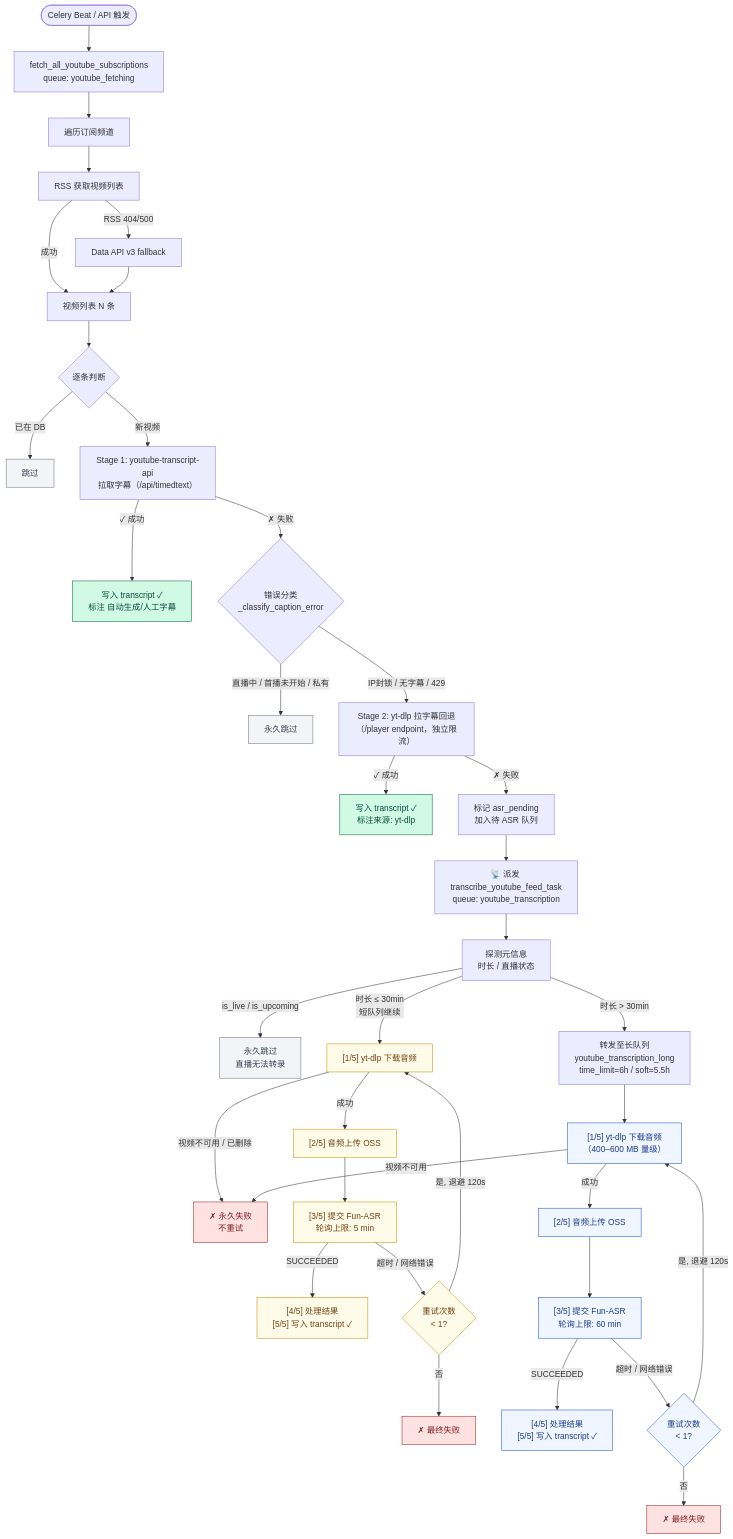
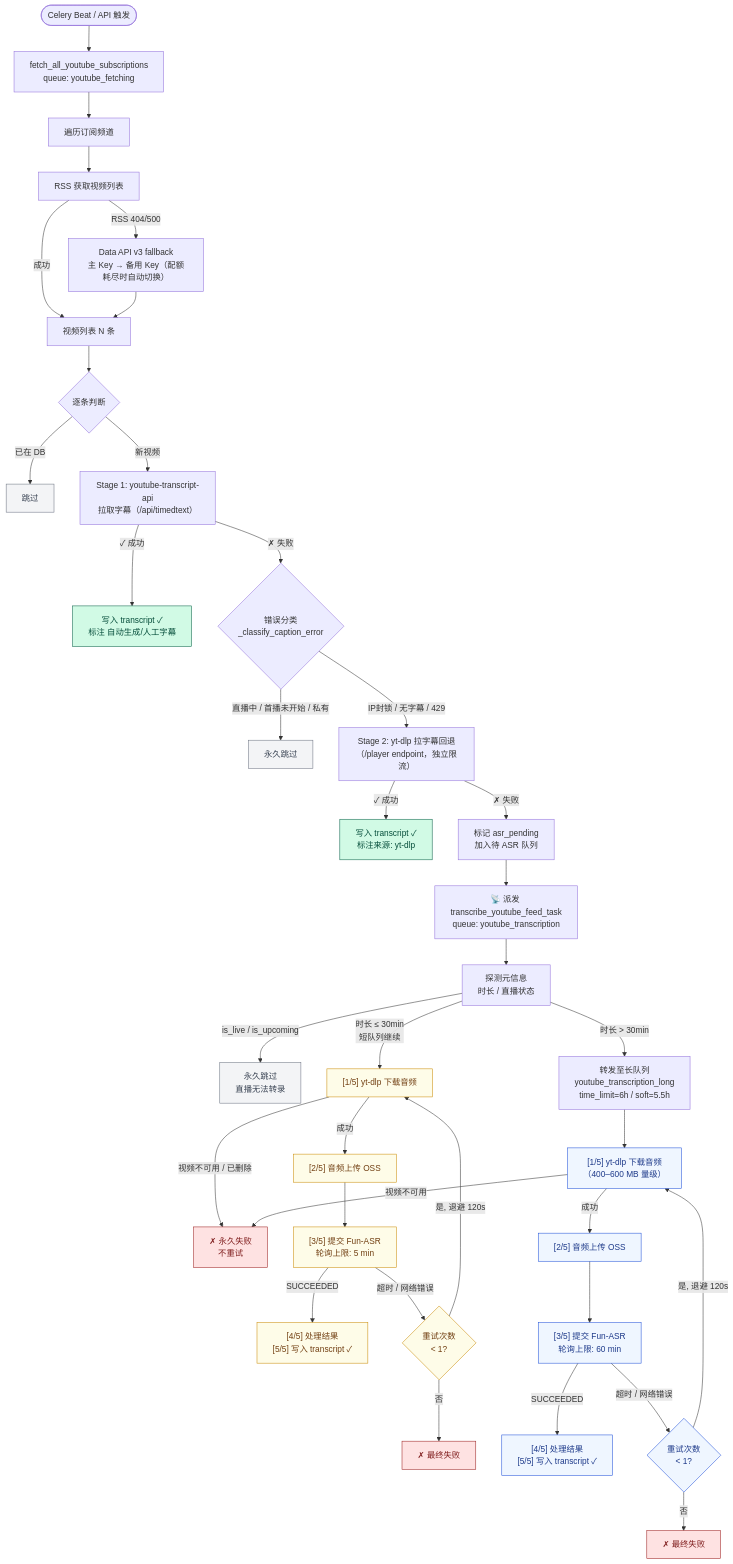
One commit to solterra2888/LocalVirtualService changed the first of 2 diagrams in README.md. Above: the diagram before and after it, drawn with Mermaid. The commit also changed other lines of this file and 2 other files, not shown here.

````diff
--- a/README.md
+++ b/README.md
@@ -105,57 +105,57 @@
 ```mermaid
 flowchart TD
     A([Celery Beat / API 触发]) --> B[fetch_all_youtube_subscriptions<br/>queue: youtube_fetching]
     B --> C[遍历订阅频道]
     C --> D[RSS 获取视频列表]
-    D -->|RSS 404/500| E[Data API v3 fallback]
+    D -->|RSS 404/500| E["Data API v3 fallback<br/>主 Key → 备用 Key（配额耗尽时自动切换）"]
     D -->|成功| F[视频列表 N 条]
     E --> F
     F --> G{逐条判断}
     G -->|已在 DB| H[跳过]
     G -->|新视频| I["Stage 1: youtube-transcript-api<br/>拉取字幕（/api/timedtext）"]
 
     I -->|✓ 成功| J[写入 transcript ✓<br/>标注 自动生成/人工字幕]
     I -->|✗ 失败| K{错误分类<br/>_classify_caption_error}
 
     K -->|直播中 / 首播未开始 / 私有| L[永久跳过]
     K -->|IP封锁 / 无字幕 / 429| I2["Stage 2: yt-dlp 拉字幕回退<br/>（/player endpoint，独立限流）"]
 
     I2 -->|✓ 成功| J2[写入 transcript ✓<br/>标注来源: yt-dlp]
     I2 -->|✗ 失败| M[标记 asr_pending<br/>加入待 ASR 队列]
 
     M --> N["📡 派发 transcribe_youtube_feed_task<br/>queue: youtube_transcription"]
 
     N --> META["探测元信息<br/>时长 / 直播状态"]
     META -->|is_live / is_upcoming| LIVE[永久跳过<br/>直播无法转录]
     META -->|时长 ≤ 30min<br/>短队列继续| SHORT_DL
 
     META -->|时长 > 30min| REROUTE["转发至长队列<br/>youtube_transcription_long<br/>time_limit=6h / soft=5.5h"]
     REROUTE --> LONG_DL
 
     SHORT_DL["[1/5] yt-dlp 下载音频"] -->|视频不可用 / 已删除| PFAIL[✗ 永久失败<br/>不重试]
     SHORT_DL -->|成功| SHORT_UP["[2/5] 音频上传 OSS"]
     SHORT_UP --> SHORT_ASR["[3/5] 提交 Fun-ASR<br/>轮询上限: 5 min"]
     SHORT_ASR -->|SUCCEEDED| SHORT_SAVE["[4/5] 处理结果<br/>[5/5] 写入 transcript ✓"]
     SHORT_ASR -->|超时 / 网络错误| SHORT_RETRY{重试次数<br/>< 1?}
     SHORT_RETRY -->|是, 退避 120s| SHORT_DL
     SHORT_RETRY -->|否| SFAIL[✗ 最终失败]
 
     LONG_DL["[1/5] yt-dlp 下载音频<br/>（400–600 MB 量级）"] -->|视频不可用| PFAIL
     LONG_DL -->|成功| LONG_UP["[2/5] 音频上传 OSS"]
     LONG_UP --> LONG_ASR["[3/5] 提交 Fun-ASR<br/>轮询上限: 60 min"]
     LONG_ASR -->|SUCCEEDED| LONG_SAVE["[4/5] 处理结果<br/>[5/5] 写入 transcript ✓"]
     LONG_ASR -->|超时 / 网络错误| LONG_RETRY{重试次数<br/>< 1?}
     LONG_RETRY -->|是, 退避 120s| LONG_DL
     LONG_RETRY -->|否| LFAIL[✗ 最终失败]
 
     classDef ok fill:#d1fae5,stroke:#065f46,color:#064e3b;
     classDef fail fill:#fee2e2,stroke:#991b1b,color:#7f1d1d;
     classDef skip fill:#f3f4f6,stroke:#6b7280,color:#374151;
     classDef long fill:#eff6ff,stroke:#1d4ed8,color:#1e3a8a;
     classDef short fill:#fefce8,stroke:#ca8a04,color:#713f12;
     class J,J2,SHORT_SAVE,LONG_SAVE ok;
     class PFAIL,SFAIL,LFAIL fail;
     class H,L,LIVE skip;
     class LONG_DL,LONG_UP,LONG_ASR,LONG_SAVE,LONG_RETRY long;
     class SHORT_DL,SHORT_UP,SHORT_ASR,SHORT_SAVE,SHORT_RETRY short;
 ```
````
